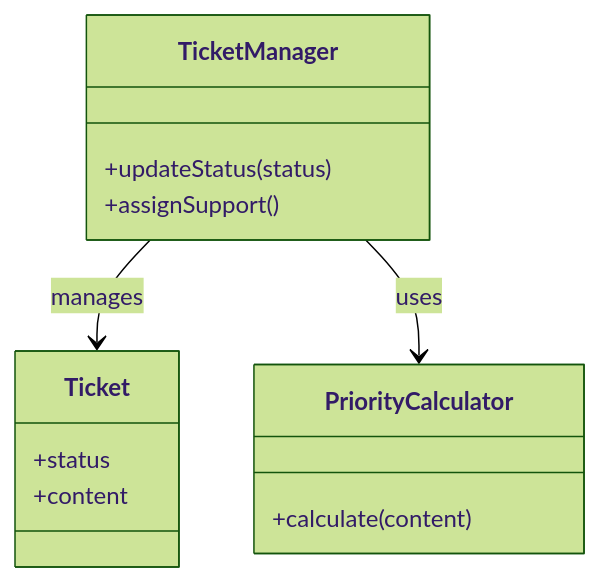
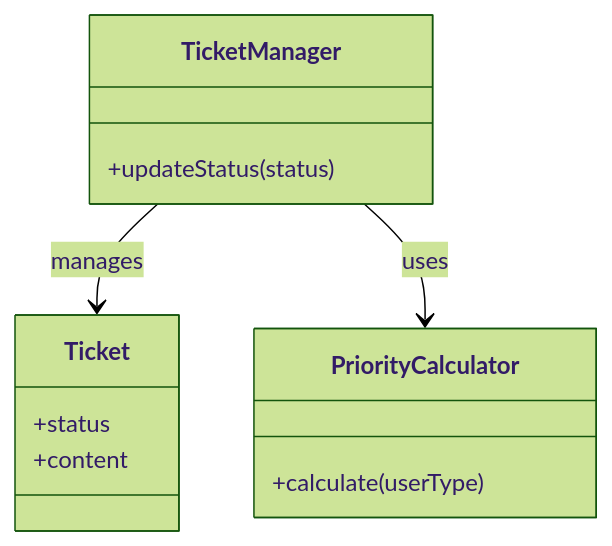
The second of 11 diagrams in kindle/design-patterns/output/chapter09_2.md (kumachan1101-pixel/DesignPattern), drawn with Mermaid (forest theme) before and after one commit. The commit also changed 1 other file, not shown here.

Commit message:
fix(ch09_2): fix class diagram method signatures - closes #44
- TicketManager: assignSupport() はコードに存在しないため削除
- PriorityCalculator: calculate(content) -> calculate(userType) に修正

````diff
--- a/kindle/design-patterns/output/chapter09_2.md
+++ b/kindle/design-patterns/output/chapter09_2.md
@@ -141,16 +141,15 @@
 ```mermaid
 classDiagram
     class Ticket {
         +status
         +content
     }
     class TicketManager {
         +updateStatus(status)
-        +assignSupport()
     }
     class PriorityCalculator {
-        +calculate(content)
+        +calculate(userType)
     }
     TicketManager --> Ticket : manages
     TicketManager --> PriorityCalculator : uses
 ```
````
